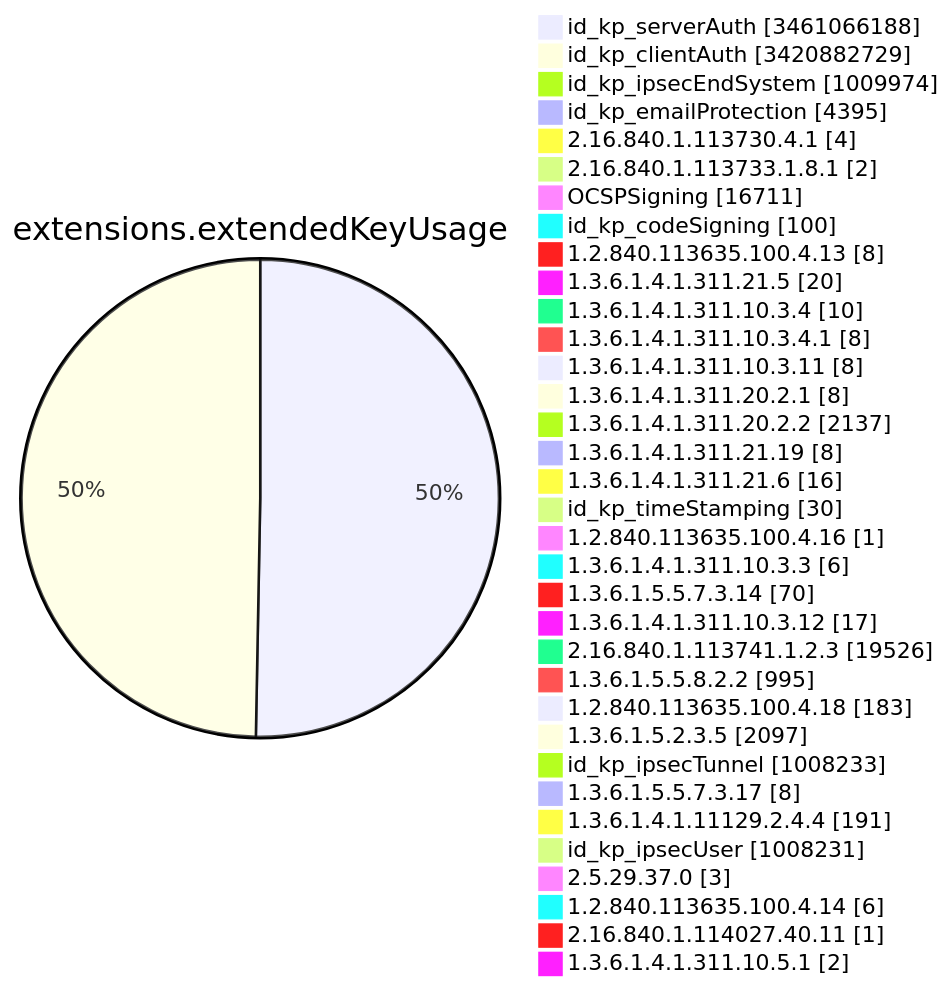
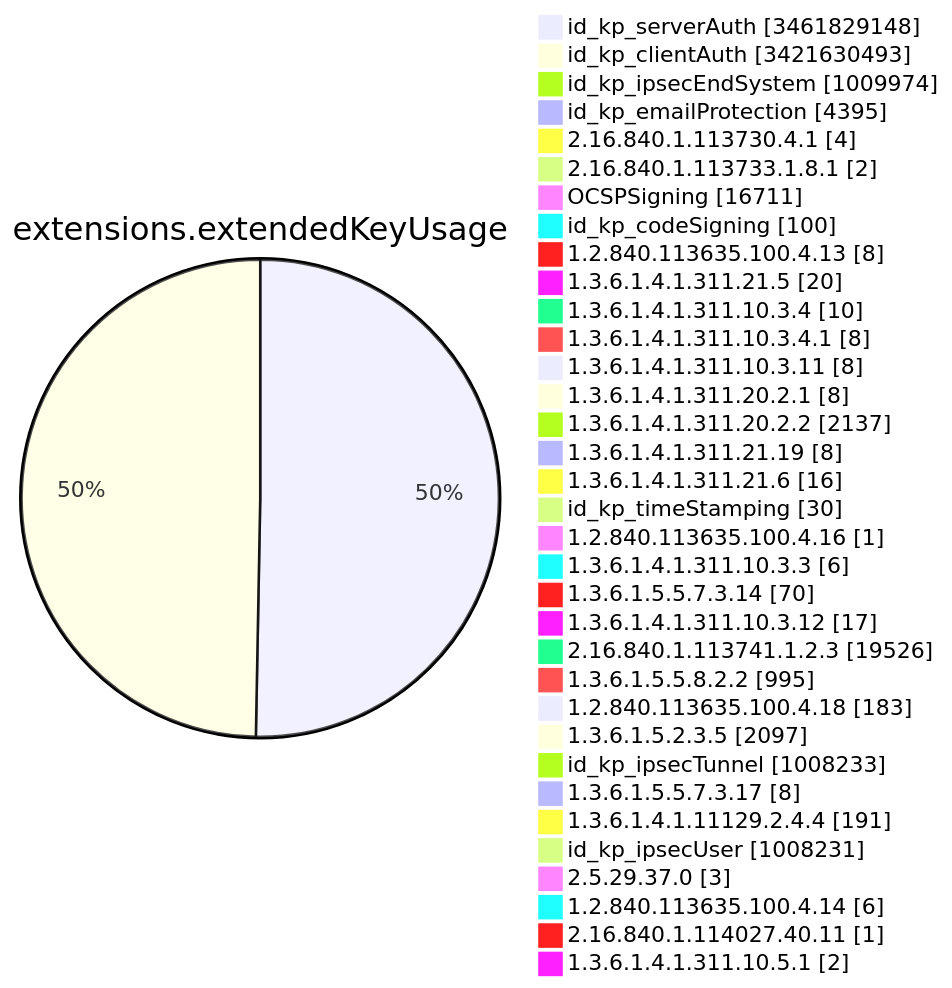
Before and after one commit to christiankrug/ctmonitor_visualization: diagram 11 of 15 in TOTAL/README.md, drawn with Mermaid. The commit also changed other lines of this file, not shown here.

````diff
--- a/TOTAL/README.md
+++ b/TOTAL/README.md
@@ -4123,38 +4123,38 @@
 ```mermaid
 pie showData
 title extensions.extendedKeyUsage
-"id_kp_serverAuth" :3461066188
-"id_kp_clientAuth" :3420882729
+"id_kp_serverAuth" :3461829148
+"id_kp_clientAuth" :3421630493
 "id_kp_ipsecEndSystem" :1009974
 "id_kp_emailProtection" :4395
 "2.16.840.1.113730.4.1" :4
 "2.16.840.1.113733.1.8.1" :2
 "OCSPSigning" :16711
 "id_kp_codeSigning" :100
 "1.2.840.113635.100.4.13" :8
 "1.3.6.1.4.1.311.21.5" :20
 "1.3.6.1.4.1.311.10.3.4" :10
 "1.3.6.1.4.1.311.10.3.4.1" :8
 "1.3.6.1.4.1.311.10.3.11" :8
 "1.3.6.1.4.1.311.20.2.1" :8
 "1.3.6.1.4.1.311.20.2.2" :2137
 "1.3.6.1.4.1.311.21.19" :8
 "1.3.6.1.4.1.311.21.6" :16
 "id_kp_timeStamping" :30
 "1.2.840.113635.100.4.16" :1
 "1.3.6.1.4.1.311.10.3.3" :6
 "1.3.6.1.5.5.7.3.14" :70
 "1.3.6.1.4.1.311.10.3.12" :17
 "2.16.840.1.113741.1.2.3" :19526
 "1.3.6.1.5.5.8.2.2" :995
 "1.2.840.113635.100.4.18" :183
 "1.3.6.1.5.2.3.5" :2097
 "id_kp_ipsecTunnel" :1008233
 "1.3.6.1.5.5.7.3.17" :8
 "1.3.6.1.4.1.11129.2.4.4" :191
 "id_kp_ipsecUser" :1008231
 "2.5.29.37.0" :3
 "1.2.840.113635.100.4.14" :6
 "2.16.840.1.114027.40.11" :1
 "1.3.6.1.4.1.311.10.5.1" :2
 ```
````
